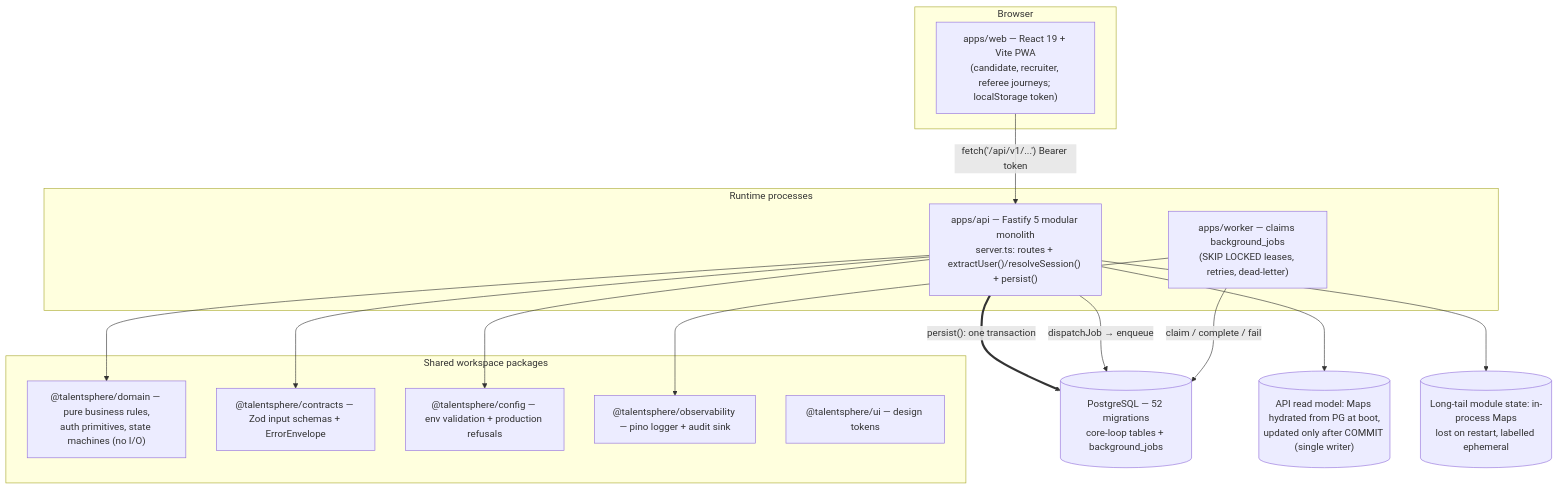
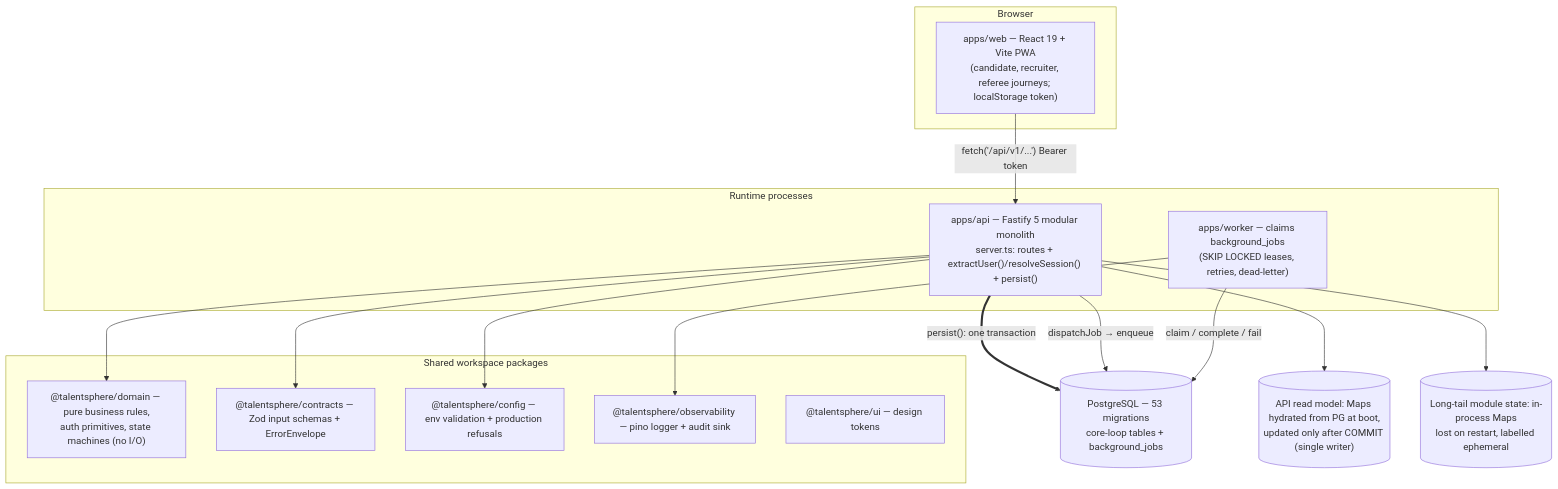
Before and after one commit to yhsomani/talentsphere-complete: the diagram in ARCHITECTURE.md, drawn with Mermaid. The commit also changed other lines of this file and 8 other files, not shown here.

````diff
--- a/ARCHITECTURE.md
+++ b/ARCHITECTURE.md
@@ -45,31 +45,31 @@
 ```mermaid
 flowchart TD
     subgraph Browser
         WEB["apps/web — React 19 + Vite PWA<br/>(candidate, recruiter, referee journeys; localStorage token)"]
     end
     subgraph Runtime processes
         API["apps/api — Fastify 5 modular monolith<br/>server.ts: routes + extractUser()/resolveSession() + persist()"]
         WORKER["apps/worker — claims background_jobs<br/>(SKIP LOCKED leases, retries, dead-letter)"]
     end
     subgraph Shared workspace packages
         DOM["@talentsphere/domain — pure business rules,<br/>auth primitives, state machines (no I/O)"]
         CON["@talentsphere/contracts — Zod input schemas + ErrorEnvelope"]
         CFG["@talentsphere/config — env validation + production refusals"]
         OBS["@talentsphere/observability — pino logger + audit sink"]
         UI["@talentsphere/ui — design tokens"]
     end
-    PG[("PostgreSQL — 52 migrations<br/>core-loop tables + background_jobs")]
+    PG[("PostgreSQL — 53 migrations<br/>core-loop tables + background_jobs")]
     RM[("API read model: Maps hydrated from PG at boot,<br/>updated only after COMMIT (single writer)")]
     MEM[("Long-tail module state: in-process Maps<br/>lost on restart, labelled ephemeral")]
 
     WEB -- "fetch('/api/v1/...') Bearer token" --> API
     API --> DOM
     API --> CON
     API --> CFG
     API == "persist(): one transaction" ==> PG
     API --> RM
     API --> MEM
     API -- "dispatchJob → enqueue" --> PG
     WORKER -- "claim / complete / fail" --> PG
     WORKER --> OBS
 ```
````
